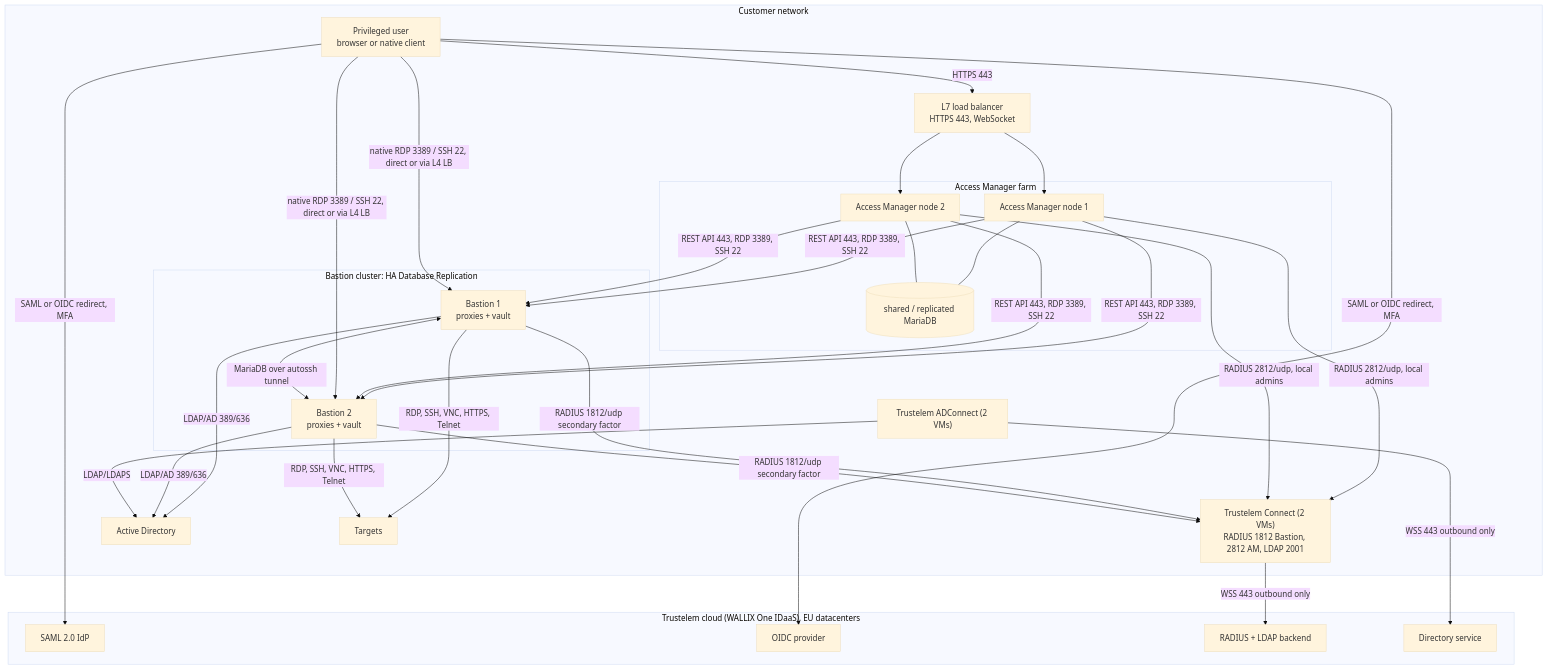
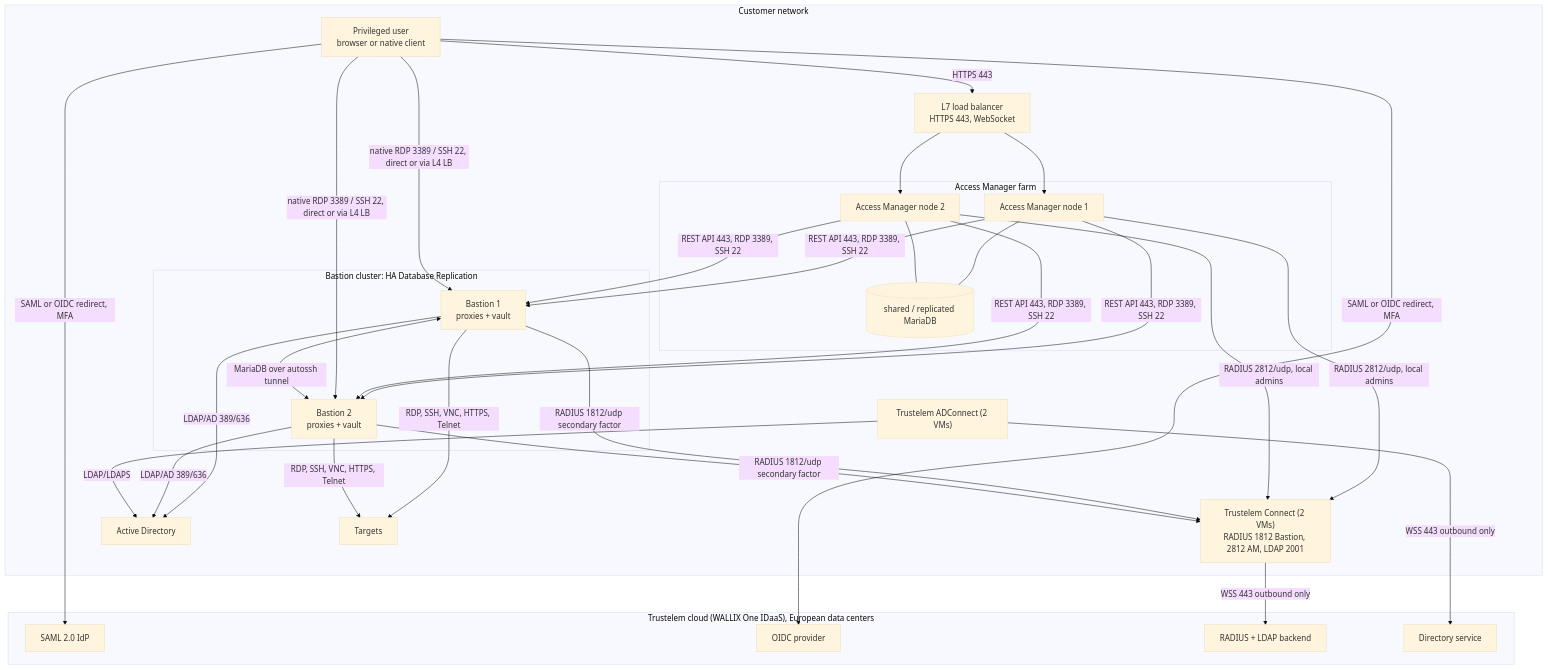
Before and after one commit to morandeirachema/Trustelem-: the diagram in tools/diagrams/01-high-level.mmd, drawn with Mermaid (base theme). The commit also changed 20 other files, not shown here.

```diff
--- a/tools/diagrams/01-high-level.mmd
+++ b/tools/diagrams/01-high-level.mmd
@@ -1,39 +1,39 @@
 flowchart TB
-    subgraph CLOUD["Trustelem cloud (WALLIX One IDaaS), EU datacenters"]
+    subgraph CLOUD["Trustelem cloud (WALLIX One IDaaS), European data centers"]
         SAML["SAML 2.0 IdP"]
         OIDC["OIDC provider"]
         RAD["RADIUS + LDAP backend"]
         DIR["Directory service"]
     end
     subgraph ONPREM["Customer network"]
         USER["Privileged user<br/>browser or native client"]
         LB["L7 load balancer<br/>HTTPS 443, WebSocket"]
         subgraph AMC["Access Manager farm"]
             AM1["Access Manager node 1"]
             AM2["Access Manager node 2"]
             DB[("shared / replicated MariaDB")]
         end
         subgraph BC["Bastion cluster: HA Database Replication"]
             B1["Bastion 1<br/>proxies + vault"]
             B2["Bastion 2<br/>proxies + vault"]
         end
         CONNECT["Trustelem Connect (2 VMs)<br/>RADIUS 1812 Bastion, 2812 AM, LDAP 2001"]
         ADC["Trustelem ADConnect (2 VMs)"]
         AD["Active Directory"]
         TGT["Targets"]
     end
     USER -->|HTTPS 443| LB
     USER -->|SAML or OIDC redirect, MFA| SAML & OIDC
     LB --> AM1 & AM2
     AM1 --- DB
     AM2 --- DB
     AM1 & AM2 -->|REST API 443, RDP 3389, SSH 22| B1 & B2
     USER -->|native RDP 3389 / SSH 22, direct or via L4 LB| B1 & B2
     AM1 & AM2 -->|RADIUS 2812/udp, local admins| CONNECT
     B1 <-->|MariaDB over autossh tunnel| B2
     B1 & B2 -->|RADIUS 1812/udp secondary factor| CONNECT
     B1 & B2 -->|LDAP/AD 389/636| AD
     CONNECT -->|WSS 443 outbound only| RAD
     ADC -->|LDAP/LDAPS| AD
     ADC -->|WSS 443 outbound only| DIR
     B1 & B2 -->|RDP, SSH, VNC, HTTPS, Telnet| TGT
```
